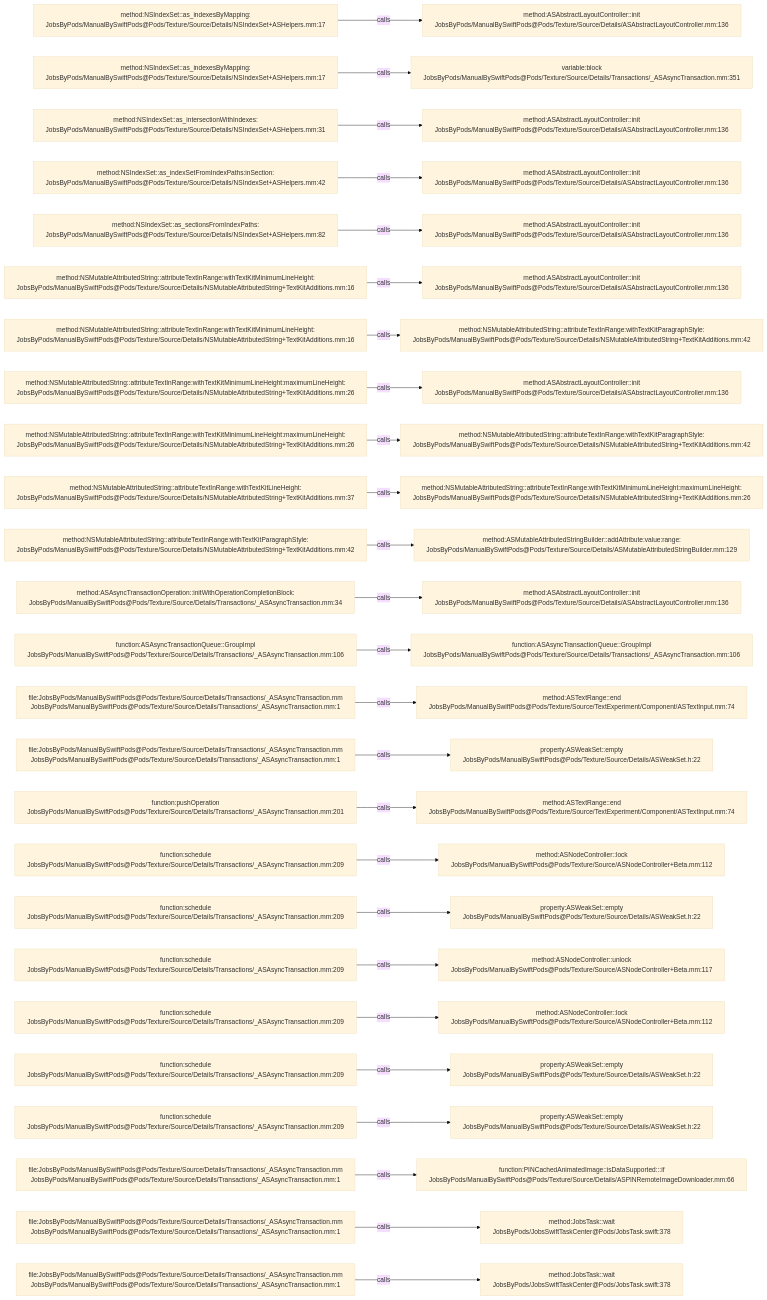
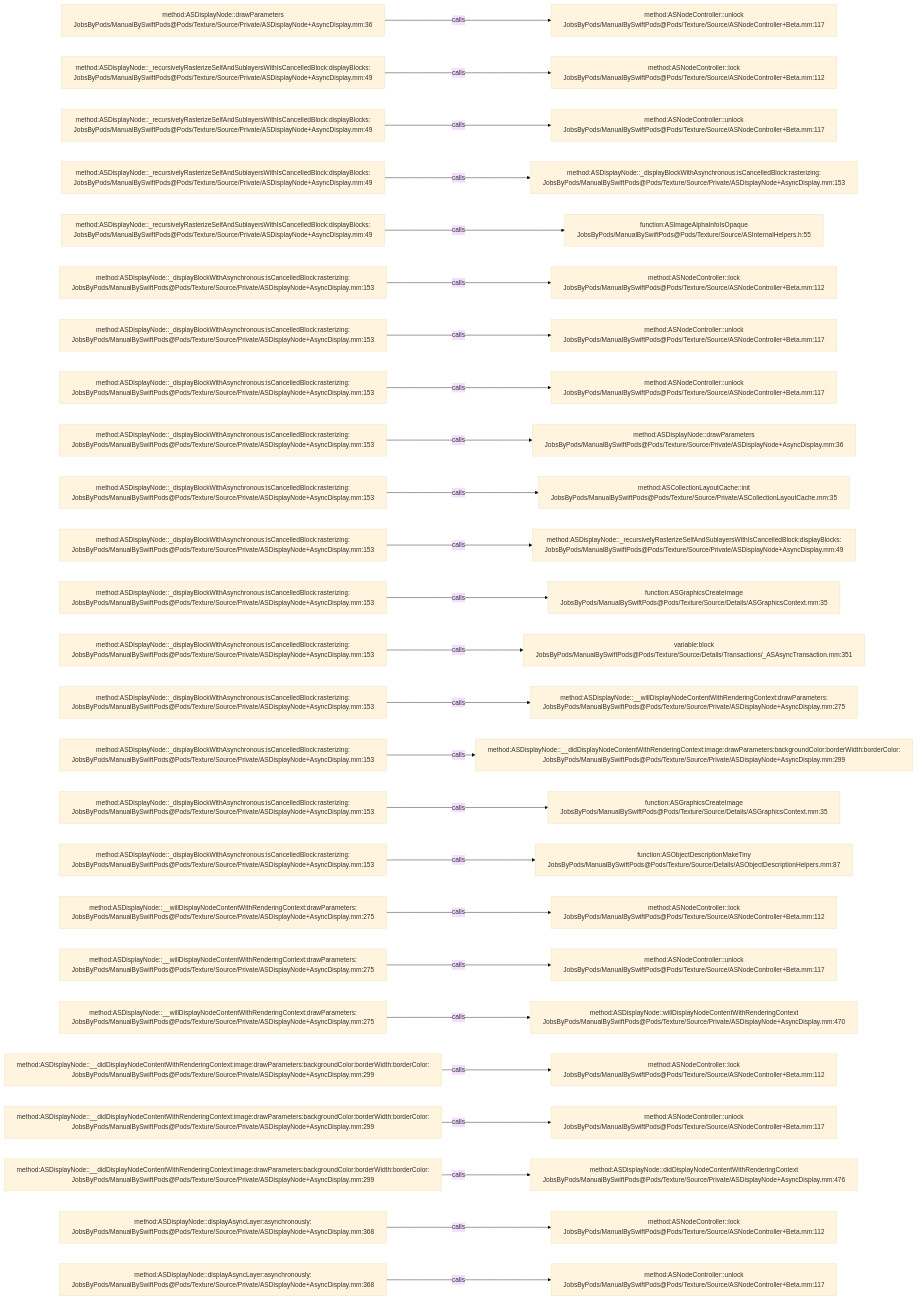
One commit to JobsKits/JobsSwiftBaseConfigDemo changed the diagram in .codegraph/codegraph.md/graphs/calls-117.md. Above: the diagram before and after it, drawn with Mermaid (base theme). The commit also changed 832 other files, not shown here.

````diff
--- a/.codegraph/codegraph.md/graphs/calls-117.md
+++ b/.codegraph/codegraph.md/graphs/calls-117.md
@@ -13,78 +13,78 @@
 ```mermaid
 flowchart LR
-  S1["method:NSIndexSet::as_indexesByMapping:<br/>JobsByPods/ManualBySwiftPods@Pods/Texture/Source/Details/NSIndexSet+ASHelpers.mm:17"]
-  T1["method:ASAbstractLayoutController::init<br/>JobsByPods/ManualBySwiftPods@Pods/Texture/Source/Details/ASAbstractLayoutController.mm:136"]
+  S1["method:ASDisplayNode::drawParameters<br/>JobsByPods/ManualBySwiftPods@Pods/Texture/Source/Private/ASDisplayNode+AsyncDisplay.mm:36"]
+  T1["method:ASNodeController::unlock<br/>JobsByPods/ManualBySwiftPods@Pods/Texture/Source/ASNodeController+Beta.mm:117"]
   S1 -->|calls| T1
-  S2["method:NSIndexSet::as_indexesByMapping:<br/>JobsByPods/ManualBySwiftPods@Pods/Texture/Source/Details/NSIndexSet+ASHelpers.mm:17"]
-  T2["variable:block<br/>JobsByPods/ManualBySwiftPods@Pods/Texture/Source/Details/Transactions/_ASAsyncTransaction.mm:351"]
+  S2["method:ASDisplayNode::_recursivelyRasterizeSelfAndSublayersWithIsCancelledBlock:displayBlocks:<br/>JobsByPods/ManualBySwiftPods@Pods/Texture/Source/Private/ASDisplayNode+AsyncDisplay.mm:49"]
+  T2["method:ASNodeController::lock<br/>JobsByPods/ManualBySwiftPods@Pods/Texture/Source/ASNodeController+Beta.mm:112"]
   S2 -->|calls| T2
-  S3["method:NSIndexSet::as_intersectionWithIndexes:<br/>JobsByPods/ManualBySwiftPods@Pods/Texture/Source/Details/NSIndexSet+ASHelpers.mm:31"]
-  T3["method:ASAbstractLayoutController::init<br/>JobsByPods/ManualBySwiftPods@Pods/Texture/Source/Details/ASAbstractLayoutController.mm:136"]
+  S3["method:ASDisplayNode::_recursivelyRasterizeSelfAndSublayersWithIsCancelledBlock:displayBlocks:<br/>JobsByPods/ManualBySwiftPods@Pods/Texture/Source/Private/ASDisplayNode+AsyncDisplay.mm:49"]
+  T3["method:ASNodeController::unlock<br/>JobsByPods/ManualBySwiftPods@Pods/Texture/Source/ASNodeController+Beta.mm:117"]
   S3 -->|calls| T3
-  S4["method:NSIndexSet::as_indexSetFromIndexPaths:inSection:<br/>JobsByPods/ManualBySwiftPods@Pods/Texture/Source/Details/NSIndexSet+ASHelpers.mm:42"]
-  T4["method:ASAbstractLayoutController::init<br/>JobsByPods/ManualBySwiftPods@Pods/Texture/Source/Details/ASAbstractLayoutController.mm:136"]
+  S4["method:ASDisplayNode::_recursivelyRasterizeSelfAndSublayersWithIsCancelledBlock:displayBlocks:<br/>JobsByPods/ManualBySwiftPods@Pods/Texture/Source/Private/ASDisplayNode+AsyncDisplay.mm:49"]
+  T4["method:ASDisplayNode::_displayBlockWithAsynchronous:isCancelledBlock:rasterizing:<br/>JobsByPods/ManualBySwiftPods@Pods/Texture/Source/Private/ASDisplayNode+AsyncDisplay.mm:153"]
   S4 -->|calls| T4
-  S5["method:NSIndexSet::as_sectionsFromIndexPaths:<br/>JobsByPods/ManualBySwiftPods@Pods/Texture/Source/Details/NSIndexSet+ASHelpers.mm:82"]
-  T5["method:ASAbstractLayoutController::init<br/>JobsByPods/ManualBySwiftPods@Pods/Texture/Source/Details/ASAbstractLayoutController.mm:136"]
+  S5["method:ASDisplayNode::_recursivelyRasterizeSelfAndSublayersWithIsCancelledBlock:displayBlocks:<br/>JobsByPods/ManualBySwiftPods@Pods/Texture/Source/Private/ASDisplayNode+AsyncDisplay.mm:49"]
+  T5["function:ASImageAlphaInfoIsOpaque<br/>JobsByPods/ManualBySwiftPods@Pods/Texture/Source/ASInternalHelpers.h:55"]
   S5 -->|calls| T5
-  S6["method:NSMutableAttributedString::attributeTextInRange:withTextKitMinimumLineHeight:<br/>JobsByPods/ManualBySwiftPods@Pods/Texture/Source/Details/NSMutableAttributedString+TextKitAdditions.mm:16"]
-  T6["method:ASAbstractLayoutController::init<br/>JobsByPods/ManualBySwiftPods@Pods/Texture/Source/Details/ASAbstractLayoutController.mm:136"]
+  S6["method:ASDisplayNode::_displayBlockWithAsynchronous:isCancelledBlock:rasterizing:<br/>JobsByPods/ManualBySwiftPods@Pods/Texture/Source/Private/ASDisplayNode+AsyncDisplay.mm:153"]
+  T6["method:ASNodeController::lock<br/>JobsByPods/ManualBySwiftPods@Pods/Texture/Source/ASNodeController+Beta.mm:112"]
   S6 -->|calls| T6
-  S7["method:NSMutableAttributedString::attributeTextInRange:withTextKitMinimumLineHeight:<br/>JobsByPods/ManualBySwiftPods@Pods/Texture/Source/Details/NSMutableAttributedString+TextKitAdditions.mm:16"]
-  T7["method:NSMutableAttributedString::attributeTextInRange:withTextKitParagraphStyle:<br/>JobsByPods/ManualBySwiftPods@Pods/Texture/Source/Details/NSMutableAttributedString+TextKitAdditions.mm:42"]
+  S7["method:ASDisplayNode::_displayBlockWithAsynchronous:isCancelledBlock:rasterizing:<br/>JobsByPods/ManualBySwiftPods@Pods/Texture/Source/Private/ASDisplayNode+AsyncDisplay.mm:153"]
+  T7["method:ASNodeController::unlock<br/>JobsByPods/ManualBySwiftPods@Pods/Texture/Source/ASNodeController+Beta.mm:117"]
   S7 -->|calls| T7
-  S8["method:NSMutableAttributedString::attributeTextInRange:withTextKitMinimumLineHeight:maximumLineHeight:<br/>JobsByPods/ManualBySwiftPods@Pods/Texture/Source/Details/NSMutableAttributedString+TextKitAdditions.mm:26"]
-  T8["method:ASAbstractLayoutController::init<br/>JobsByPods/ManualBySwiftPods@Pods/Texture/Source/Details/ASAbstractLayoutController.mm:136"]
+  S8["method:ASDisplayNode::_displayBlockWithAsynchronous:isCancelledBlock:rasterizing:<br/>JobsByPods/ManualBySwiftPods@Pods/Texture/Source/Private/ASDisplayNode+AsyncDisplay.mm:153"]
+  T8["method:ASNodeController::unlock<br/>JobsByPods/ManualBySwiftPods@Pods/Texture/Source/ASNodeController+Beta.mm:117"]
   S8 -->|calls| T8
-  S9["method:NSMutableAttributedString::attributeTextInRange:withTextKitMinimumLineHeight:maximumLineHeight:<br/>JobsByPods/ManualBySwiftPods@Pods/Texture/Source/Details/NSMutableAttributedString+TextKitAdditions.mm:26"]
-  T9["method:NSMutableAttributedString::attributeTextInRange:withTextKitParagraphStyle:<br/>JobsByPods/ManualBySwiftPods@Pods/Texture/Source/Details/NSMutableAttributedString+TextKitAdditions.mm:42"]
+  S9["method:ASDisplayNode::_displayBlockWithAsynchronous:isCancelledBlock:rasterizing:<br/>JobsByPods/ManualBySwiftPods@Pods/Texture/Source/Private/ASDisplayNode+AsyncDisplay.mm:153"]
+  T9["method:ASDisplayNode::drawParameters<br/>JobsByPods/ManualBySwiftPods@Pods/Texture/Source/Private/ASDisplayNode+AsyncDisplay.mm:36"]
   S9 -->|calls| T9
-  S10["method:NSMutableAttributedString::attributeTextInRange:withTextKitLineHeight:<br/>JobsByPods/ManualBySwiftPods@Pods/Texture/Source/Details/NSMutableAttributedString+TextKitAdditions.mm:37"]
-  T10["method:NSMutableAttributedString::attributeTextInRange:withTextKitMinimumLineHeight:maximumLineHeight:<br/>JobsByPods/ManualBySwiftPods@Pods/Texture/Source/Details/NSMutableAttributedString+TextKitAdditions.mm:26"]
+  S10["method:ASDisplayNode::_displayBlockWithAsynchronous:isCancelledBlock:rasterizing:<br/>JobsByPods/ManualBySwiftPods@Pods/Texture/Source/Private/ASDisplayNode+AsyncDisplay.mm:153"]
+  T10["method:ASCollectionLayoutCache::init<br/>JobsByPods/ManualBySwiftPods@Pods/Texture/Source/Private/ASCollectionLayoutCache.mm:35"]
   S10 -->|calls| T10
-  S11["method:NSMutableAttributedString::attributeTextInRange:withTextKitParagraphStyle:<br/>JobsByPods/ManualBySwiftPods@Pods/Texture/Source/Details/NSMutableAttributedString+TextKitAdditions.mm:42"]
-  T11["method:ASMutableAttributedStringBuilder::addAttribute:value:range:<br/>JobsByPods/ManualBySwiftPods@Pods/Texture/Source/Details/ASMutableAttributedStringBuilder.mm:129"]
+  S11["method:ASDisplayNode::_displayBlockWithAsynchronous:isCancelledBlock:rasterizing:<br/>JobsByPods/ManualBySwiftPods@Pods/Texture/Source/Private/ASDisplayNode+AsyncDisplay.mm:153"]
+  T11["method:ASDisplayNode::_recursivelyRasterizeSelfAndSublayersWithIsCancelledBlock:displayBlocks:<br/>JobsByPods/ManualBySwiftPods@Pods/Texture/Source/Private/ASDisplayNode+AsyncDisplay.mm:49"]
   S11 -->|calls| T11
-  S12["method:ASAsyncTransactionOperation::initWithOperationCompletionBlock:<br/>JobsByPods/ManualBySwiftPods@Pods/Texture/Source/Details/Transactions/_ASAsyncTransaction.mm:34"]
-  T12["method:ASAbstractLayoutController::init<br/>JobsByPods/ManualBySwiftPods@Pods/Texture/Source/Details/ASAbstractLayoutController.mm:136"]
+  S12["method:ASDisplayNode::_displayBlockWithAsynchronous:isCancelledBlock:rasterizing:<br/>JobsByPods/ManualBySwiftPods@Pods/Texture/Source/Private/ASDisplayNode+AsyncDisplay.mm:153"]
+  T12["function:ASGraphicsCreateImage<br/>JobsByPods/ManualBySwiftPods@Pods/Texture/Source/Details/ASGraphicsContext.mm:35"]
   S12 -->|calls| T12
-  S13["function:ASAsyncTransactionQueue::GroupImpl<br/>JobsByPods/ManualBySwiftPods@Pods/Texture/Source/Details/Transactions/_ASAsyncTransaction.mm:106"]
-  T13["function:ASAsyncTransactionQueue::GroupImpl<br/>JobsByPods/ManualBySwiftPods@Pods/Texture/Source/Details/Transactions/_ASAsyncTransaction.mm:106"]
+  S13["method:ASDisplayNode::_displayBlockWithAsynchronous:isCancelledBlock:rasterizing:<br/>JobsByPods/ManualBySwiftPods@Pods/Texture/Source/Private/ASDisplayNode+AsyncDisplay.mm:153"]
+  T13["variable:block<br/>JobsByPods/ManualBySwiftPods@Pods/Texture/Source/Details/Transactions/_ASAsyncTransaction.mm:351"]
   S13 -->|calls| T13
-  S14["file:JobsByPods/ManualBySwiftPods@Pods/Texture/Source/Details/Transactions/_ASAsyncTransaction.mm<br/>JobsByPods/ManualBySwiftPods@Pods/Texture/Source/Details/Transactions/_ASAsyncTransaction.mm:1"]
-  T14["method:ASTextRange::end<br/>JobsByPods/ManualBySwiftPods@Pods/Texture/Source/TextExperiment/Component/ASTextInput.mm:74"]
+  S14["method:ASDisplayNode::_displayBlockWithAsynchronous:isCancelledBlock:rasterizing:<br/>JobsByPods/ManualBySwiftPods@Pods/Texture/Source/Private/ASDisplayNode+AsyncDisplay.mm:153"]
+  T14["method:ASDisplayNode::__willDisplayNodeContentWithRenderingContext:drawParameters:<br/>JobsByPods/ManualBySwiftPods@Pods/Texture/Source/Private/ASDisplayNode+AsyncDisplay.mm:275"]
   S14 -->|calls| T14
-  S15["file:JobsByPods/ManualBySwiftPods@Pods/Texture/Source/Details/Transactions/_ASAsyncTransaction.mm<br/>JobsByPods/ManualBySwiftPods@Pods/Texture/Source/Details/Transactions/_ASAsyncTransaction.mm:1"]
-  T15["property:ASWeakSet::empty<br/>JobsByPods/ManualBySwiftPods@Pods/Texture/Source/Details/ASWeakSet.h:22"]
+  S15["method:ASDisplayNode::_displayBlockWithAsynchronous:isCancelledBlock:rasterizing:<br/>JobsByPods/ManualBySwiftPods@Pods/Texture/Source/Private/ASDisplayNode+AsyncDisplay.mm:153"]
+  T15["method:ASDisplayNode::__didDisplayNodeContentWithRenderingContext:image:drawParameters:backgroundColor:borderWidth:borderColor:<br/>JobsByPods/ManualBySwiftPods@Pods/Texture/Source/Private/ASDisplayNode+AsyncDisplay.mm:299"]
   S15 -->|calls| T15
-  S16["function:pushOperation<br/>JobsByPods/ManualBySwiftPods@Pods/Texture/Source/Details/Transactions/_ASAsyncTransaction.mm:201"]
-  T16["method:ASTextRange::end<br/>JobsByPods/ManualBySwiftPods@Pods/Texture/Source/TextExperiment/Component/ASTextInput.mm:74"]
+  S16["method:ASDisplayNode::_displayBlockWithAsynchronous:isCancelledBlock:rasterizing:<br/>JobsByPods/ManualBySwiftPods@Pods/Texture/Source/Private/ASDisplayNode+AsyncDisplay.mm:153"]
+  T16["function:ASGraphicsCreateImage<br/>JobsByPods/ManualBySwiftPods@Pods/Texture/Source/Details/ASGraphicsContext.mm:35"]
   S16 -->|calls| T16
-  S17["function:schedule<br/>JobsByPods/ManualBySwiftPods@Pods/Texture/Source/Details/Transactions/_ASAsyncTransaction.mm:209"]
-  T17["method:ASNodeController::lock<br/>JobsByPods/ManualBySwiftPods@Pods/Texture/Source/ASNodeController+Beta.mm:112"]
+  S17["method:ASDisplayNode::_displayBlockWithAsynchronous:isCancelledBlock:rasterizing:<br/>JobsByPods/ManualBySwiftPods@Pods/Texture/Source/Private/ASDisplayNode+AsyncDisplay.mm:153"]
+  T17["function:ASObjectDescriptionMakeTiny<br/>JobsByPods/ManualBySwiftPods@Pods/Texture/Source/Details/ASObjectDescriptionHelpers.mm:87"]
   S17 -->|calls| T17
-  S18["function:schedule<br/>JobsByPods/ManualBySwiftPods@Pods/Texture/Source/Details/Transactions/_ASAsyncTransaction.mm:209"]
-  T18["property:ASWeakSet::empty<br/>JobsByPods/ManualBySwiftPods@Pods/Texture/Source/Details/ASWeakSet.h:22"]
+  S18["method:ASDisplayNode::__willDisplayNodeContentWithRenderingContext:drawParameters:<br/>JobsByPods/ManualBySwiftPods@Pods/Texture/Source/Private/ASDisplayNode+AsyncDisplay.mm:275"]
+  T18["method:ASNodeController::lock<br/>JobsByPods/ManualBySwiftPods@Pods/Texture/Source/ASNodeController+Beta.mm:112"]
   S18 -->|calls| T18
-  S19["function:schedule<br/>JobsByPods/ManualBySwiftPods@Pods/Texture/Source/Details/Transactions/_ASAsyncTransaction.mm:209"]
+  S19["method:ASDisplayNode::__willDisplayNodeContentWithRenderingContext:drawParameters:<br/>JobsByPods/ManualBySwiftPods@Pods/Texture/Source/Private/ASDisplayNode+AsyncDisplay.mm:275"]
   T19["method:ASNodeController::unlock<br/>JobsByPods/ManualBySwiftPods@Pods/Texture/Source/ASNodeController+Beta.mm:117"]
   S19 -->|calls| T19
-  S20["function:schedule<br/>JobsByPods/ManualBySwiftPods@Pods/Texture/Source/Details/Transactions/_ASAsyncTransaction.mm:209"]
-  T20["method:ASNodeController::lock<br/>JobsByPods/ManualBySwiftPods@Pods/Texture/Source/ASNodeController+Beta.mm:112"]
+  S20["method:ASDisplayNode::__willDisplayNodeContentWithRenderingContext:drawParameters:<br/>JobsByPods/ManualBySwiftPods@Pods/Texture/Source/Private/ASDisplayNode+AsyncDisplay.mm:275"]
+  T20["method:ASDisplayNode::willDisplayNodeContentWithRenderingContext<br/>JobsByPods/ManualBySwiftPods@Pods/Texture/Source/Private/ASDisplayNode+AsyncDisplay.mm:470"]
   S20 -->|calls| T20
-  S21["function:schedule<br/>JobsByPods/ManualBySwiftPods@Pods/Texture/Source/Details/Transactions/_ASAsyncTransaction.mm:209"]
-  T21["property:ASWeakSet::empty<br/>JobsByPods/ManualBySwiftPods@Pods/Texture/Source/Details/ASWeakSet.h:22"]
+  S21["method:ASDisplayNode::__didDisplayNodeContentWithRenderingContext:image:drawParameters:backgroundColor:borderWidth:borderColor:<br/>JobsByPods/ManualBySwiftPods@Pods/Texture/Source/Private/ASDisplayNode+AsyncDisplay.mm:299"]
+  T21["method:ASNodeController::lock<br/>JobsByPods/ManualBySwiftPods@Pods/Texture/Source/ASNodeController+Beta.mm:112"]
   S21 -->|calls| T21
-  S22["function:schedule<br/>JobsByPods/ManualBySwiftPods@Pods/Texture/Source/Details/Transactions/_ASAsyncTransaction.mm:209"]
-  T22["property:ASWeakSet::empty<br/>JobsByPods/ManualBySwiftPods@Pods/Texture/Source/Details/ASWeakSet.h:22"]
+  S22["method:ASDisplayNode::__didDisplayNodeContentWithRenderingContext:image:drawParameters:backgroundColor:borderWidth:borderColor:<br/>JobsByPods/ManualBySwiftPods@Pods/Texture/Source/Private/ASDisplayNode+AsyncDisplay.mm:299"]
+  T22["method:ASNodeController::unlock<br/>JobsByPods/ManualBySwiftPods@Pods/Texture/Source/ASNodeController+Beta.mm:117"]
   S22 -->|calls| T22
-  S23["file:JobsByPods/ManualBySwiftPods@Pods/Texture/Source/Details/Transactions/_ASAsyncTransaction.mm<br/>JobsByPods/ManualBySwiftPods@Pods/Texture/Source/Details/Transactions/_ASAsyncTransaction.mm:1"]
-  T23["function:PINCachedAnimatedImage::isDataSupported:::if<br/>JobsByPods/ManualBySwiftPods@Pods/Texture/Source/Details/ASPINRemoteImageDownloader.mm:66"]
+  S23["method:ASDisplayNode::__didDisplayNodeContentWithRenderingContext:image:drawParameters:backgroundColor:borderWidth:borderColor:<br/>JobsByPods/ManualBySwiftPods@Pods/Texture/Source/Private/ASDisplayNode+AsyncDisplay.mm:299"]
+  T23["method:ASDisplayNode::didDisplayNodeContentWithRenderingContext<br/>JobsByPods/ManualBySwiftPods@Pods/Texture/Source/Private/ASDisplayNode+AsyncDisplay.mm:476"]
   S23 -->|calls| T23
-  S24["file:JobsByPods/ManualBySwiftPods@Pods/Texture/Source/Details/Transactions/_ASAsyncTransaction.mm<br/>JobsByPods/ManualBySwiftPods@Pods/Texture/Source/Details/Transactions/_ASAsyncTransaction.mm:1"]
-  T24["method:JobsTask::wait<br/>JobsByPods/JobsSwiftTaskCenter@Pods/JobsTask.swift:378"]
+  S24["method:ASDisplayNode::displayAsyncLayer:asynchronously:<br/>JobsByPods/ManualBySwiftPods@Pods/Texture/Source/Private/ASDisplayNode+AsyncDisplay.mm:368"]
+  T24["method:ASNodeController::lock<br/>JobsByPods/ManualBySwiftPods@Pods/Texture/Source/ASNodeController+Beta.mm:112"]
   S24 -->|calls| T24
-  S25["file:JobsByPods/ManualBySwiftPods@Pods/Texture/Source/Details/Transactions/_ASAsyncTransaction.mm<br/>JobsByPods/ManualBySwiftPods@Pods/Texture/Source/Details/Transactions/_ASAsyncTransaction.mm:1"]
-  T25["method:JobsTask::wait<br/>JobsByPods/JobsSwiftTaskCenter@Pods/JobsTask.swift:378"]
+  S25["method:ASDisplayNode::displayAsyncLayer:asynchronously:<br/>JobsByPods/ManualBySwiftPods@Pods/Texture/Source/Private/ASDisplayNode+AsyncDisplay.mm:368"]
+  T25["method:ASNodeController::unlock<br/>JobsByPods/ManualBySwiftPods@Pods/Texture/Source/ASNodeController+Beta.mm:117"]
   S25 -->|calls| T25
 ```
````
